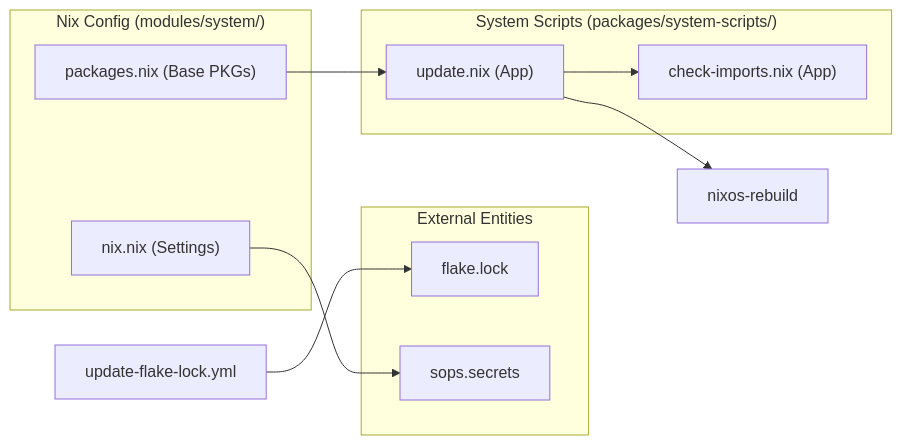
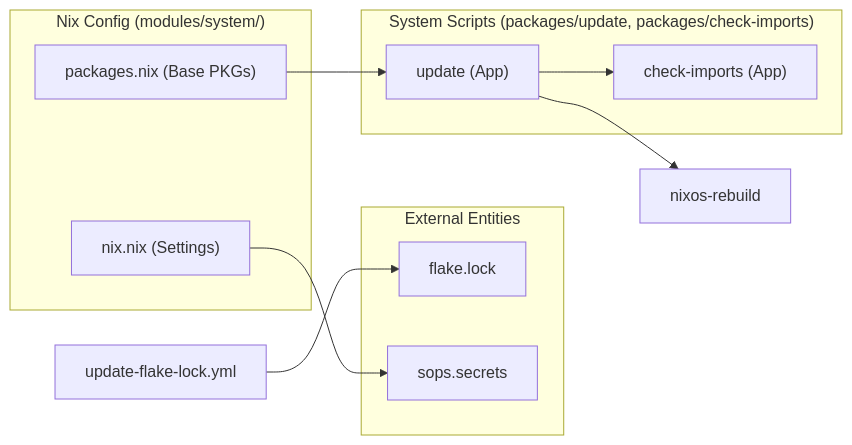
One commit to Cody-W-Tucker/nix-config changed the second of 2 diagrams in docs/Getting-Started-Building-and-Updating-the-System.md. Above: the diagram before and after it, drawn with Mermaid. The commit also changed other lines of this file and 24 other files, not shown here.

````diff
--- a/docs/Getting-Started-Building-and-Updating-the-System.md
+++ b/docs/Getting-Started-Building-and-Updating-the-System.md
@@ -129,22 +129,22 @@
 ```mermaid
 flowchart LR
     REBUILD["nixos-rebuild"]
     GITHUB_ACTION["update-flake-lock.yml"]
     subgraph subGraph2 ["External Entities"]
         FLAKE_LOCK["flake.lock"]
         SOPS_SECRETS["sops.secrets"]
     end
     subgraph subGraph1 ["Nix Config (modules/system/)"]
         NIX_SETTINGS["nix.nix (Settings)"]
         SYS_PKGS["packages.nix (Base PKGs)"]
     end
-    subgraph subGraph0 ["System Scripts (packages/system-scripts/)"]
-        UPDATE["update.nix (App)"]
-        CHECK["check-imports.nix (App)"]
+    subgraph subGraph0 ["System Scripts (packages/update, packages/check-imports)"]
+        UPDATE["update (App)"]
+        CHECK["check-imports (App)"]
     end
     UPDATE --> CHECK
     UPDATE --> REBUILD
     SYS_PKGS --> UPDATE
     NIX_SETTINGS --> SOPS_SECRETS
     GITHUB_ACTION --> FLAKE_LOCK
 ```
````
